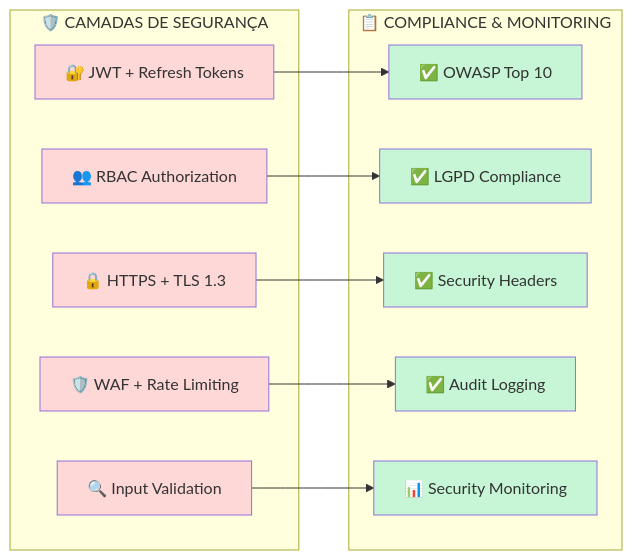
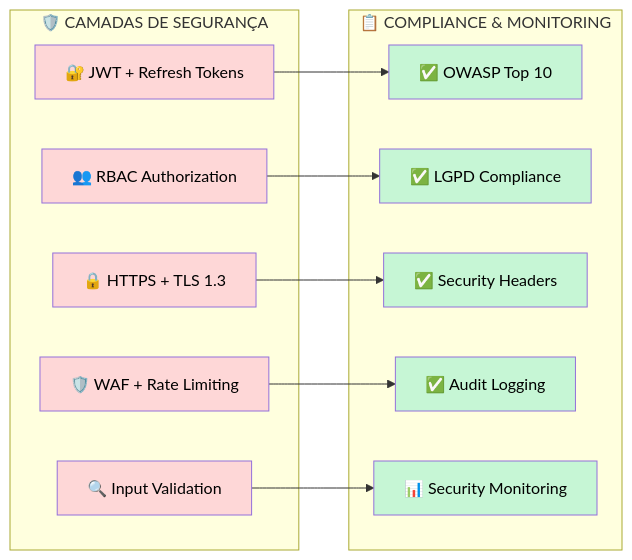
Before and after one commit to EduPereiraAlest/FocusTextil: the second of 4 diagrams in README.md, drawn with Mermaid. The commit also changed other lines of this file and 8 other files, not shown here.

First line of the commit message:
fix: Melhorar legibilidade dos diagramas Mermaid com texto preto

````diff
--- a/README.md
+++ b/README.md
@@ -144,35 +144,35 @@
 ```mermaid
 graph LR
 subgraph "🛡️ CAMADAS DE SEGURANÇA"
 A["🔐 JWT + Refresh Tokens"]
 B["👥 RBAC Authorization"]
 C["🔒 HTTPS + TLS 1.3"]
 D["🛡️ WAF + Rate Limiting"]
 E["🔍 Input Validation"]
 end
 
 subgraph "📋 COMPLIANCE & MONITORING"
 F["✅ OWASP Top 10"]
 G["✅ LGPD Compliance"]
 H["✅ Security Headers"]
 I["✅ Audit Logging"]
 J["📊 Security Monitoring"]
 end
 
 A --> F
 B --> G
 C --> H
 D --> I
 E --> J
 
-style A fill:#fed7d7
-style B fill:#fed7d7
-style C fill:#fed7d7
-style D fill:#fed7d7
-style E fill:#fed7d7
-style F fill:#c6f6d5
-style G fill:#c6f6d5
-style H fill:#c6f6d5
-style I fill:#c6f6d5
-style J fill:#c6f6d5
+style A fill:#fed7d7,color:#000000
+style B fill:#fed7d7,color:#000000
+style C fill:#fed7d7,color:#000000
+style D fill:#fed7d7,color:#000000
+style E fill:#fed7d7,color:#000000
+style F fill:#c6f6d5,color:#000000
+style G fill:#c6f6d5,color:#000000
+style H fill:#c6f6d5,color:#000000
+style I fill:#c6f6d5,color:#000000
+style J fill:#c6f6d5,color:#000000
 ```
````
